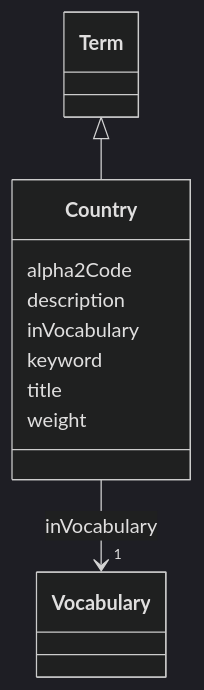
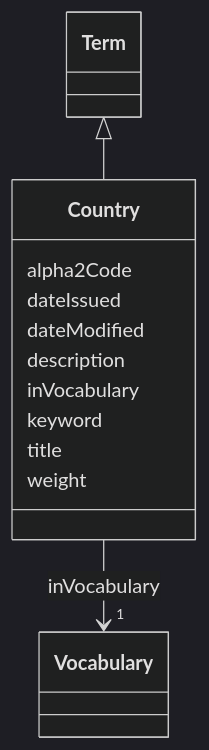
Before and after one commit to EVORA-project/evora-ontology: the diagram in models/docs/Country.md, drawn with Mermaid (dark theme). The commit also changed other lines of this file and 377 other files, not shown here.

````diff
--- a/models/docs/Country.md
+++ b/models/docs/Country.md
@@ -19,28 +19,32 @@
 ```mermaid
  classDiagram
     class Country
     click Country href "../Country"
       Term <|-- Country
         click Term href "../Term"
       
       Country : alpha2Code
+        
+      Country : dateIssued
+        
+      Country : dateModified
         
       Country : description
         
       Country : inVocabulary
         
           
     
     
     Country --> "1" Vocabulary : inVocabulary
     click Vocabulary href "../Vocabulary"
 
         
       Country : keyword
         
       Country : title
         
       Country : weight
         
       
 ```
````
